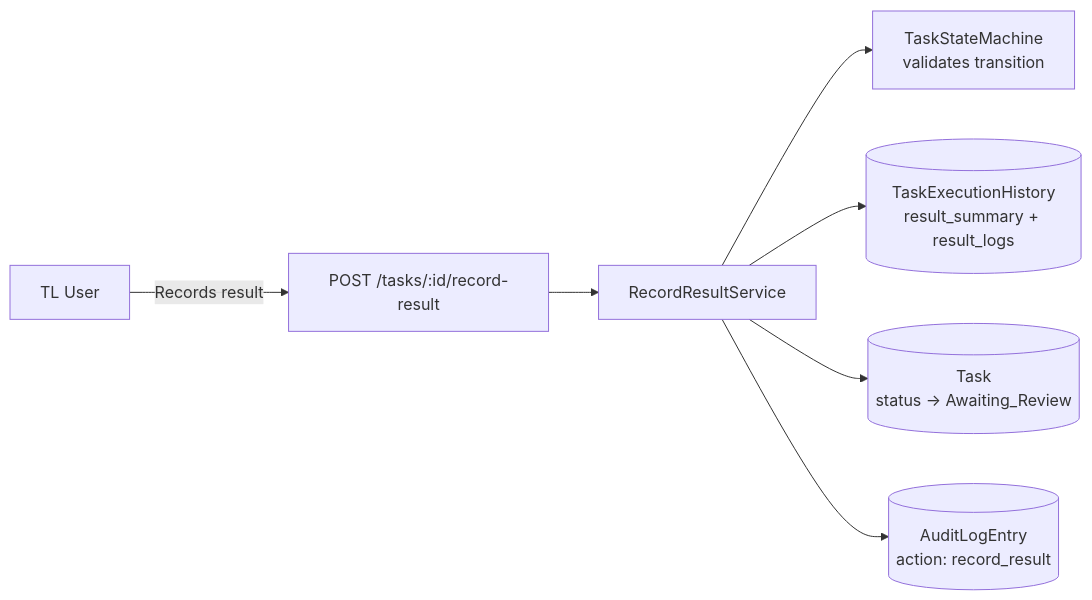
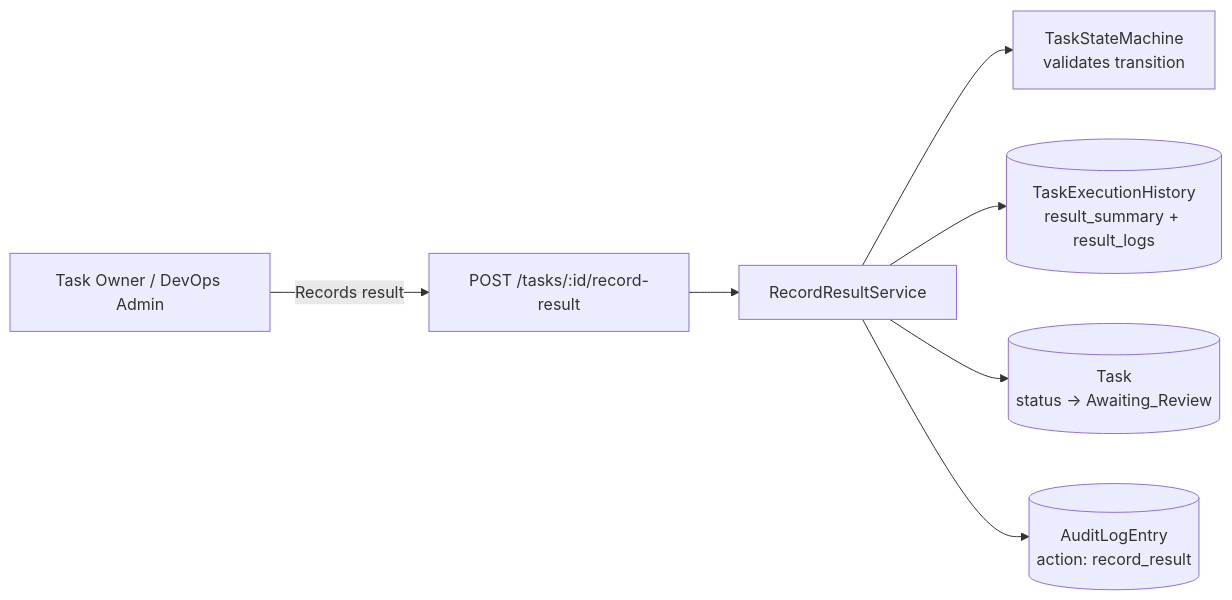
One commit to wwa-lab/deployment-agent changed the second of 9 diagrams in docs/04-architecture/data-flow.md. Above: the diagram before and after it, drawn with Mermaid. The commit also changed other lines of this file and 11 other files, not shown here.

````diff
--- a/docs/04-architecture/data-flow.md
+++ b/docs/04-architecture/data-flow.md
@@ -79,9 +79,9 @@
 ```mermaid
 flowchart LR
-    TL[TL User] -->|Records result| API[POST /tasks/:id/record-result]
+    Reviewer[Task Owner / DevOps Admin] -->|Records result| API[POST /tasks/:id/record-result]
     API --> RRS[RecordResultService]
     RRS --> SM[TaskStateMachine<br/>validates transition]
     RRS --> TEH[(TaskExecutionHistory<br/>result_summary + result_logs)]
     RRS --> T[(Task<br/>status → Awaiting_Review)]
     RRS --> AL[(AuditLogEntry<br/>action: record_result)]
 ```
````
